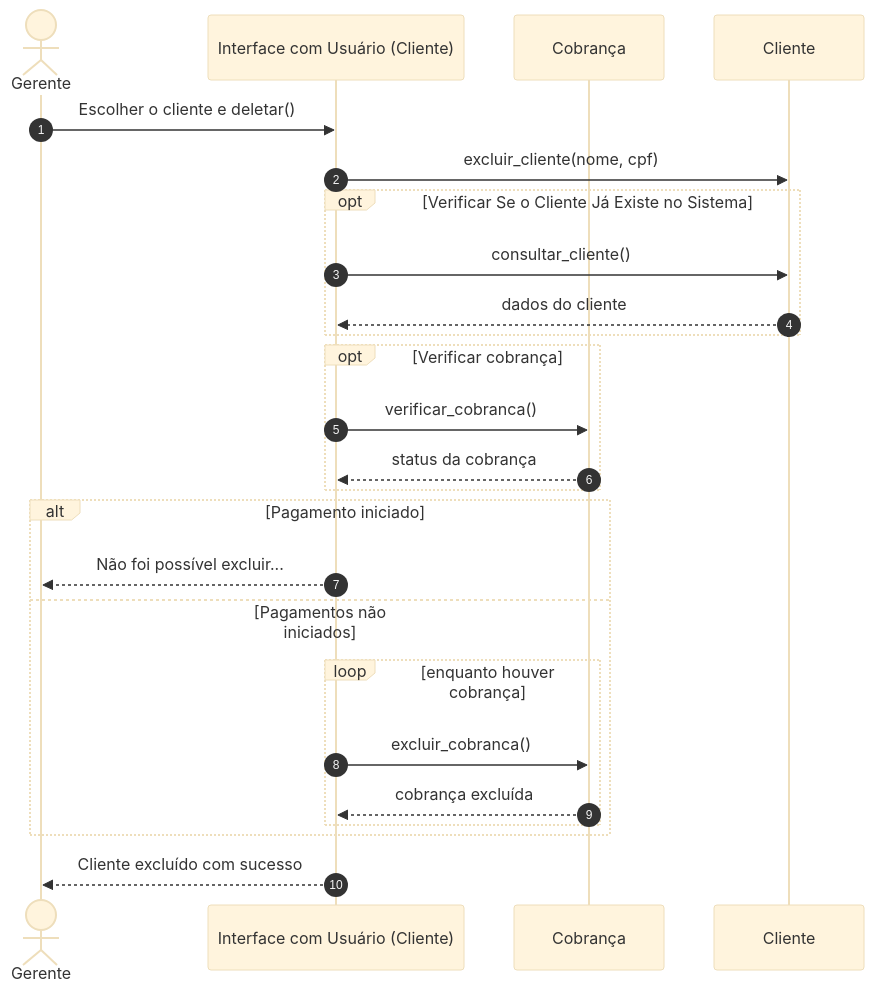
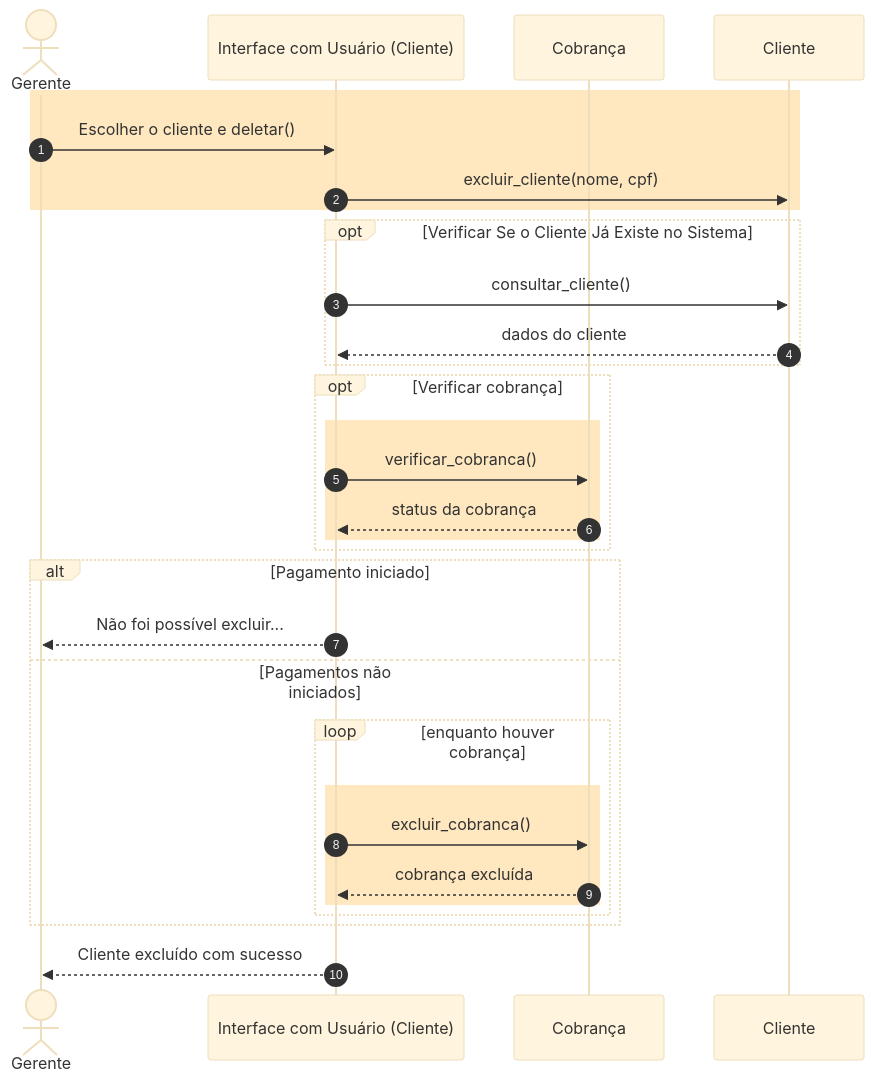
Before and after one commit to Projeito-Vendas-de-Cosmeticos/Comesticos-doc: the fifth of 5 diagrams in Documetos/Documento_Visao.md, drawn with Mermaid (base theme). The commit also changed other lines of this file, not shown here.

Commit message:
Enhance client deletion sequence diagram
Refactor client deletion flow with visual blocks for clarity.

````diff
--- a/Documetos/Documento_Visao.md
+++ b/Documetos/Documento_Visao.md
@@ -171,35 +171,45 @@
 ```mermaid
 sequenceDiagram
     autonumber
 
     actor Gerente
     participant IU as Interface com Usuário (Cliente)
     participant Cobranca as Cobrança
     participant Cliente as Cliente
 
-    %% --- Início ---
-    Gerente ->> IU: Escolher o cliente e deletar()
+    %% BLOCO: Manter cliente – consultar
+    rect rgba(255, 165, 0, 0.25)
+        Gerente ->> IU: Escolher o cliente e deletar()
+        IU ->> Cliente: excluir_cliente(nome, cpf)
+    end
 
-    IU ->> Cliente: excluir_cliente(nome, cpf)
-
+    %% Verificar se cliente existe
     opt Verificar Se o Cliente Já Existe no Sistema
         IU ->> Cliente: consultar_cliente()
         Cliente -->> IU: dados do cliente
     end
 
+    %% BLOCO: Manter Cobrança – Verificar cobrança
     opt Verificar cobrança
-        IU ->> Cobranca: verificar_cobranca()
-        Cobranca -->> IU: status da cobrança
+        rect rgba(255, 165, 0, 0.25)
+            IU ->> Cobranca: verificar_cobranca()
+            Cobranca -->> IU: status da cobrança
+        end
     end
 
+    %% Condicional: pagamento iniciado?
     alt Pagamento iniciado
         IU -->> Gerente: Não foi possível excluir...
     else Pagamentos não iniciados
+
+        %% LOOP com bloco “Manter cobrança – Excluir”
         loop enquanto houver cobrança
-            IU ->> Cobranca: excluir_cobranca()
-            Cobranca -->> IU: cobrança excluída
+            rect rgba(255, 165, 0, 0.25)
+                IU ->> Cobranca: excluir_cobranca()
+                Cobranca -->> IU: cobrança excluída
+            end
         end
     end
 
     IU -->> Gerente: Cliente excluído com sucesso
 ```
````
